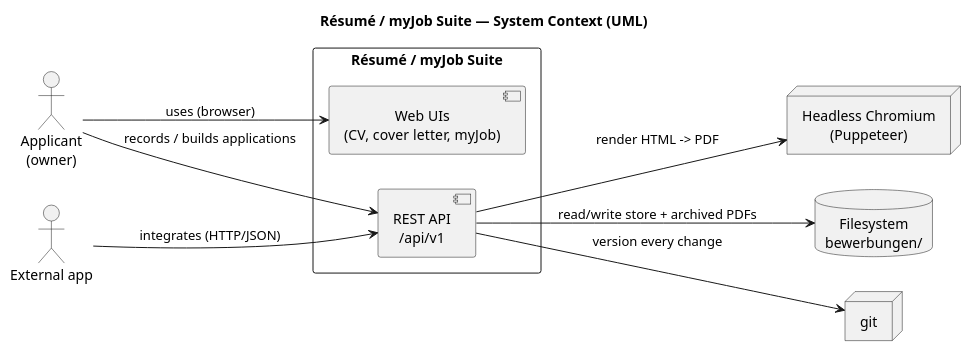
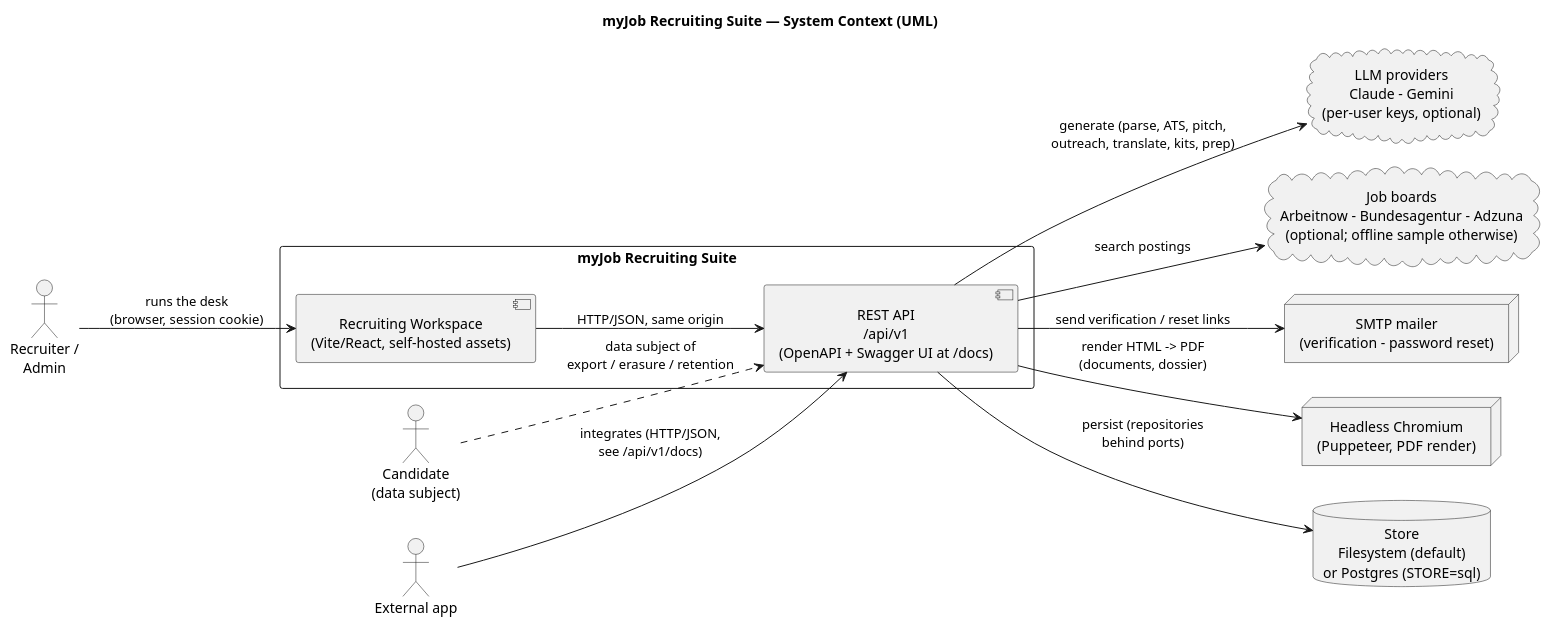
Before and after one commit to NexusHero/Resume: the diagram in docs/umls/03_system_context.puml, drawn with PlantUML. The commit also changed 5 other files, not shown here.

First line of the commit message:
docs(arc42): redraw both UML diagrams for the recruiting suite + refresh stale sections

```diff
--- a/docs/umls/03_system_context.puml
+++ b/docs/umls/03_system_context.puml
@@ -1,28 +1,34 @@
 @startuml 03_system_context
-title Résumé / myJob Suite — System Context (UML)
+title myJob Recruiting Suite — System Context (UML)
 
 skinparam shadowing false
 skinparam defaultTextAlignment center
 left to right direction
 
-actor "Applicant\n(owner)" as Owner
+actor "Recruiter /\nAdmin" as Recruiter
+actor "Candidate\n(data subject)" as Candidate
 actor "External app" as Ext
 
-rectangle "Résumé / myJob Suite" as System {
-  component "REST API\n/api/v1" as API
-  component "Web UIs\n(CV, cover letter, myJob)" as UI
+rectangle "myJob Recruiting Suite" as System {
+  component "REST API\n/api/v1\n(OpenAPI + Swagger UI at /docs)" as API
+  component "Recruiting Workspace\n(Vite/React, self-hosted assets)" as UI
 }
 
-node "Headless Chromium\n(Puppeteer)" as Chromium
-database "Filesystem\nbewerbungen/" as FS
-node "git" as Git
+cloud "LLM providers\nClaude - Gemini\n(per-user keys, optional)" as LLM
+cloud "Job boards\nArbeitnow - Bundesagentur - Adzuna\n(optional; offline sample otherwise)" as Jobs
+node "SMTP mailer\n(verification - password reset)" as Mail
+node "Headless Chromium\n(Puppeteer, PDF render)" as Chromium
+database "Store\nFilesystem (default)\nor Postgres (STORE=sql)" as Store
 
-Owner --> UI : uses (browser)
-Owner --> API : records / builds applications
-Ext --> API : integrates (HTTP/JSON)
+Recruiter --> UI : runs the desk\n(browser, session cookie)
+UI --> API : HTTP/JSON, same origin
+Ext --> API : integrates (HTTP/JSON,\nsee /api/v1/docs)
+Candidate ..> API : data subject of\nexport / erasure / retention
 
-API --> Chromium : render HTML -> PDF
-API --> FS : read/write store + archived PDFs
-API --> Git : version every change
+API --> LLM : generate (parse, ATS, pitch,\noutreach, translate, kits, prep)
+API --> Jobs : search postings
+API --> Mail : send verification / reset links
+API --> Chromium : render HTML -> PDF\n(documents, dossier)
+API --> Store : persist (repositories\nbehind ports)
 
 @enduml
```
